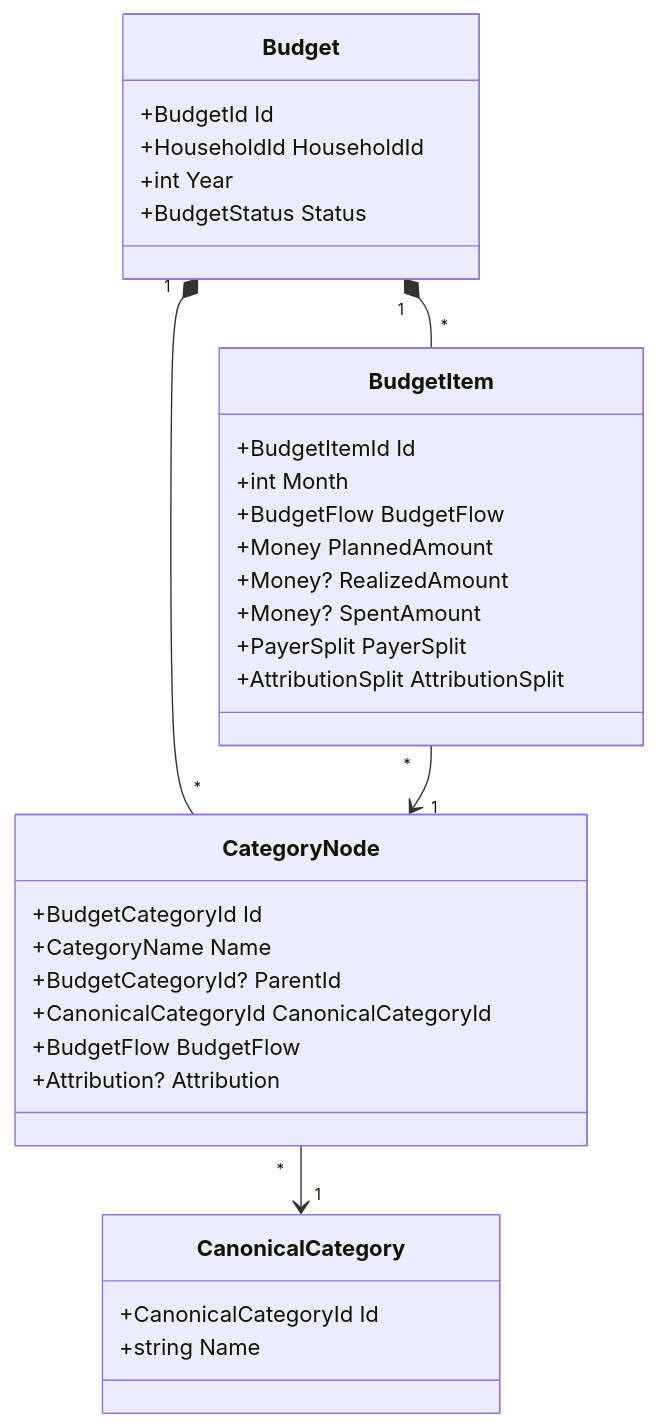
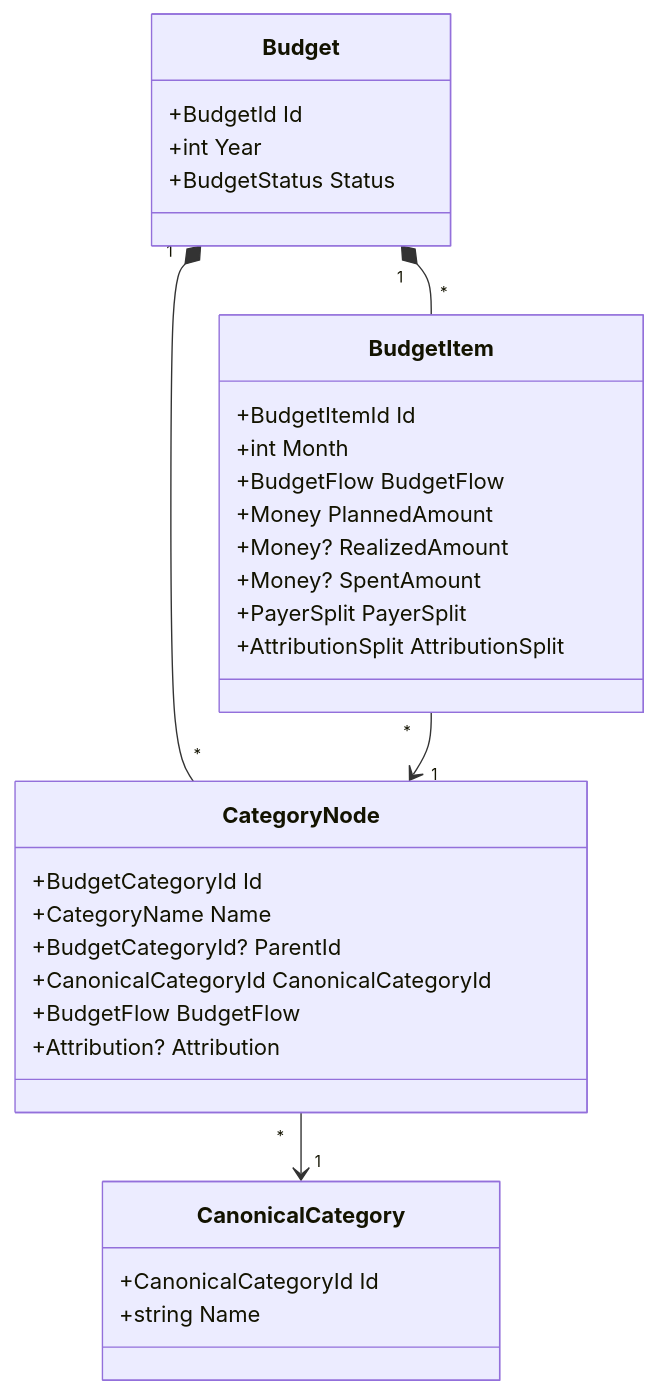
The first of 2 diagrams in docs/explanations/budget-domain.md (DigiBanks99/menlo), drawn with Mermaid before and after one commit. The commit also changed other lines of this file and 11 other files, not shown here.

````diff
--- a/docs/explanations/budget-domain.md
+++ b/docs/explanations/budget-domain.md
@@ -11,35 +11,34 @@
 ```mermaid
 classDiagram
     class Budget {
         +BudgetId Id
-        +HouseholdId HouseholdId
         +int Year
         +BudgetStatus Status
     }
     class CategoryNode {
         +BudgetCategoryId Id
         +CategoryName Name
         +BudgetCategoryId? ParentId
         +CanonicalCategoryId CanonicalCategoryId
         +BudgetFlow BudgetFlow
         +Attribution? Attribution
     }
     class BudgetItem {
         +BudgetItemId Id
         +int Month
         +BudgetFlow BudgetFlow
         +Money PlannedAmount
         +Money? RealizedAmount
         +Money? SpentAmount
         +PayerSplit PayerSplit
         +AttributionSplit AttributionSplit
     }
     class CanonicalCategory {
         +CanonicalCategoryId Id
         +string Name
     }
     Budget "1" *-- "*" CategoryNode
     Budget "1" *-- "*" BudgetItem
     BudgetItem "*" --> "1" CategoryNode
     CategoryNode "*" --> "1" CanonicalCategory
 ```
````
